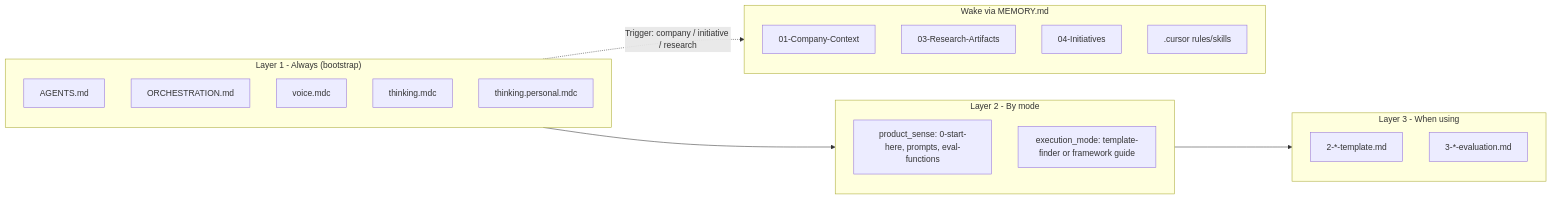
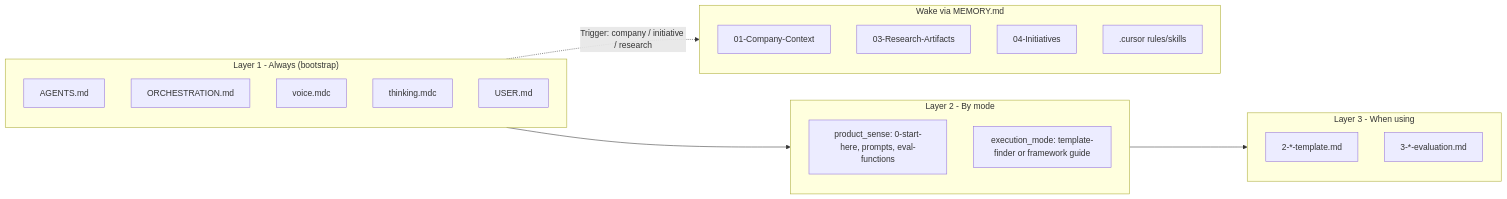
Before and after one commit to andreaskelm/pm-brain: the ninth of 9 diagrams in docs/architecture.md, drawn with Mermaid. The commit also changed other lines of this file and 15 other files, not shown here.

Commit message:
Refactor: Consolidate personal context management into USER.md

````diff
--- a/docs/architecture.md
+++ b/docs/architecture.md
@@ -400,30 +400,30 @@
 ```mermaid
 flowchart LR
   subgraph L1core["Layer 1 - Always (bootstrap)"]
     L1A[AGENTS.md]
     L1O[ORCHESTRATION.md]
     L1Voice[voice.mdc]
     L1Think[thinking.mdc]
-    L1Personal[thinking.personal.mdc]
+    L1Personal[USER.md]
   end
 
   subgraph L2on["Layer 2 - By mode"]
     L2P[product_sense: 0-start-here, prompts, eval-functions]
     L2E[execution_mode: template-finder or framework guide]
   end
 
   subgraph L3ref["Layer 3 - When using"]
     L3T[2-*-template.md]
     L3Ev[3-*-evaluation.md]
   end
 
   subgraph Wake["Wake via MEMORY.md"]
     W1[01-Company-Context]
     W2[03-Research-Artifacts]
     W3[04-Initiatives]
     W4[.cursor rules/skills]
   end
 
   L1core --> L2on --> L3ref
   L1core -.->|"Trigger: company / initiative / research"| Wake
 ```
````
